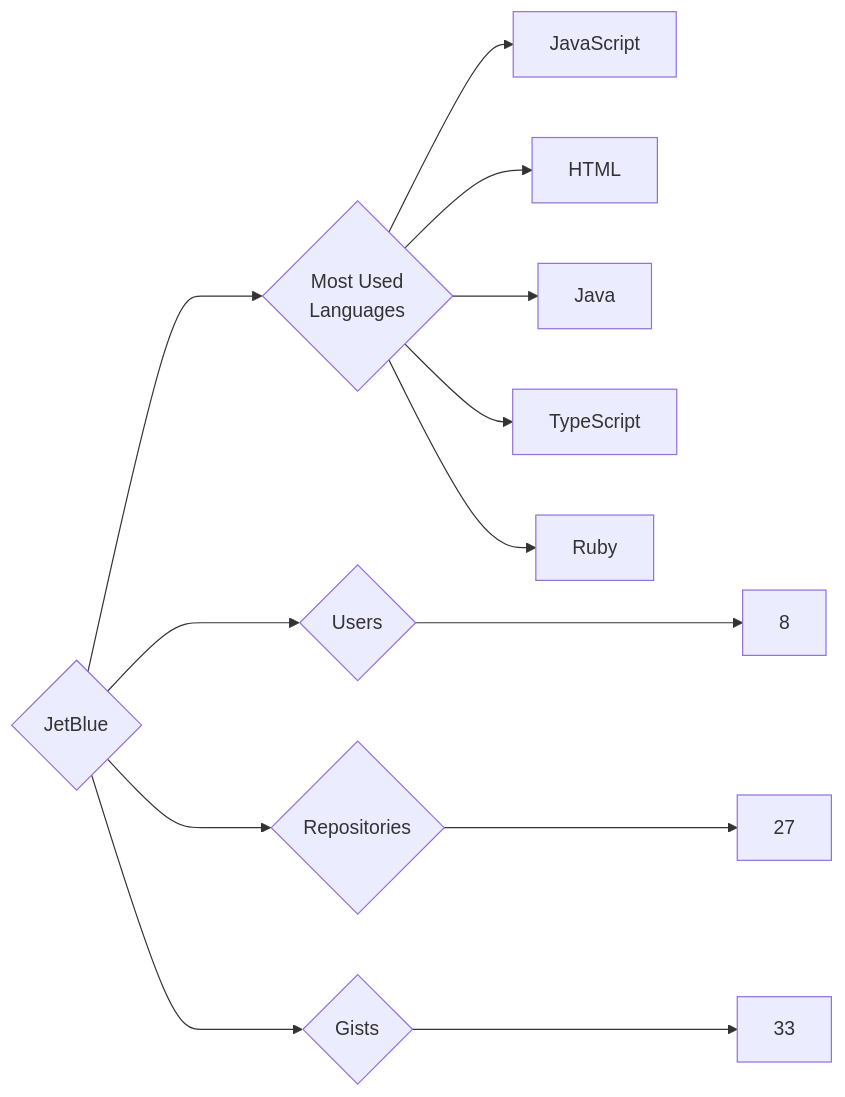
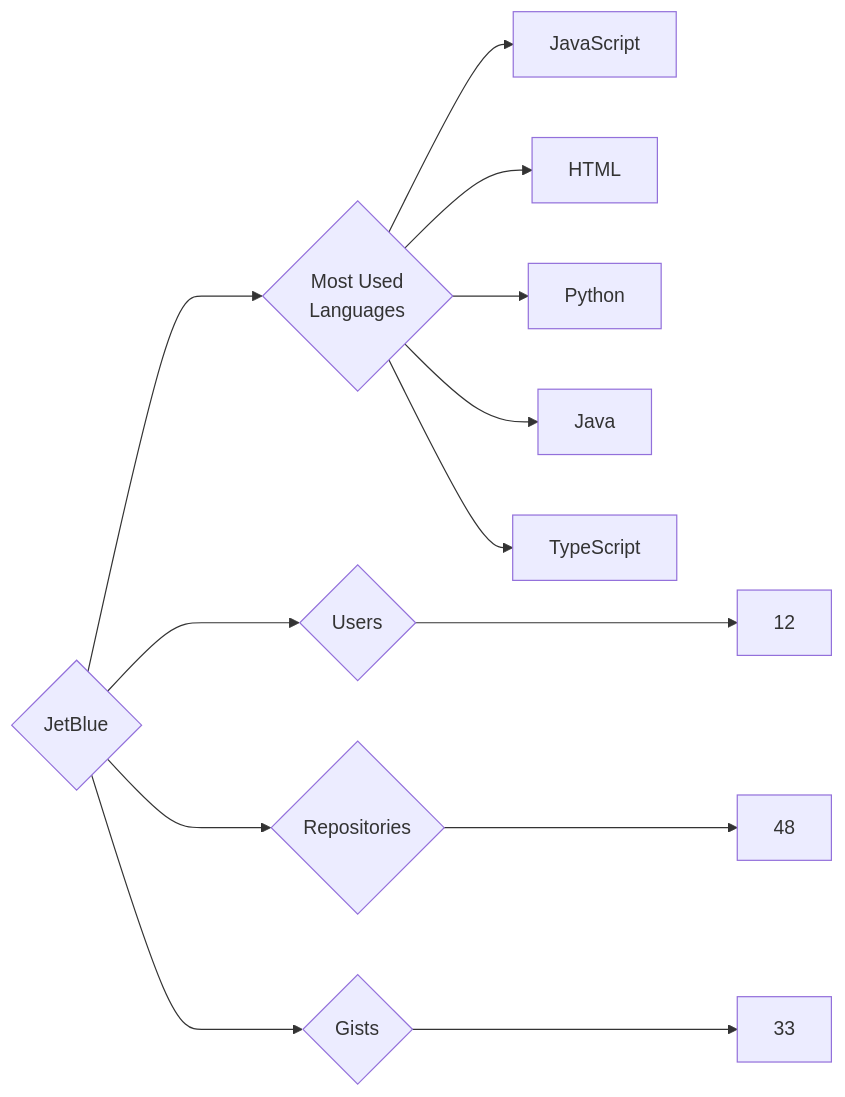
The diagram in targets/JetBlue/README.md (trickest/insiders), drawn with Mermaid before and after one commit. The commit also changed 1238 other files, not shown here.

````diff
--- a/targets/JetBlue/README.md
+++ b/targets/JetBlue/README.md
@@ -3,13 +3,13 @@
 ```mermaid
 graph LR
 COMPANY_NAME{JetBlue}
-COMPANY_NAME ---> U{Users} ---> UN[8]
-COMPANY_NAME ---> R{Repositories} ---> RN[27]
+COMPANY_NAME ---> U{Users} ---> UN[12]
+COMPANY_NAME ---> R{Repositories} ---> RN[48]
 COMPANY_NAME ---> G{Gists} ---> GN[33]
 COMPANY_NAME ---> ML{Most Used<br>Languages}
 ML --> JavaScript[JavaScript]
 ML --> HTML[HTML]
+ML --> Python[Python]
 ML --> Java[Java]
 ML --> TypeScript[TypeScript]
-ML --> Ruby[Ruby]
 ```
````
